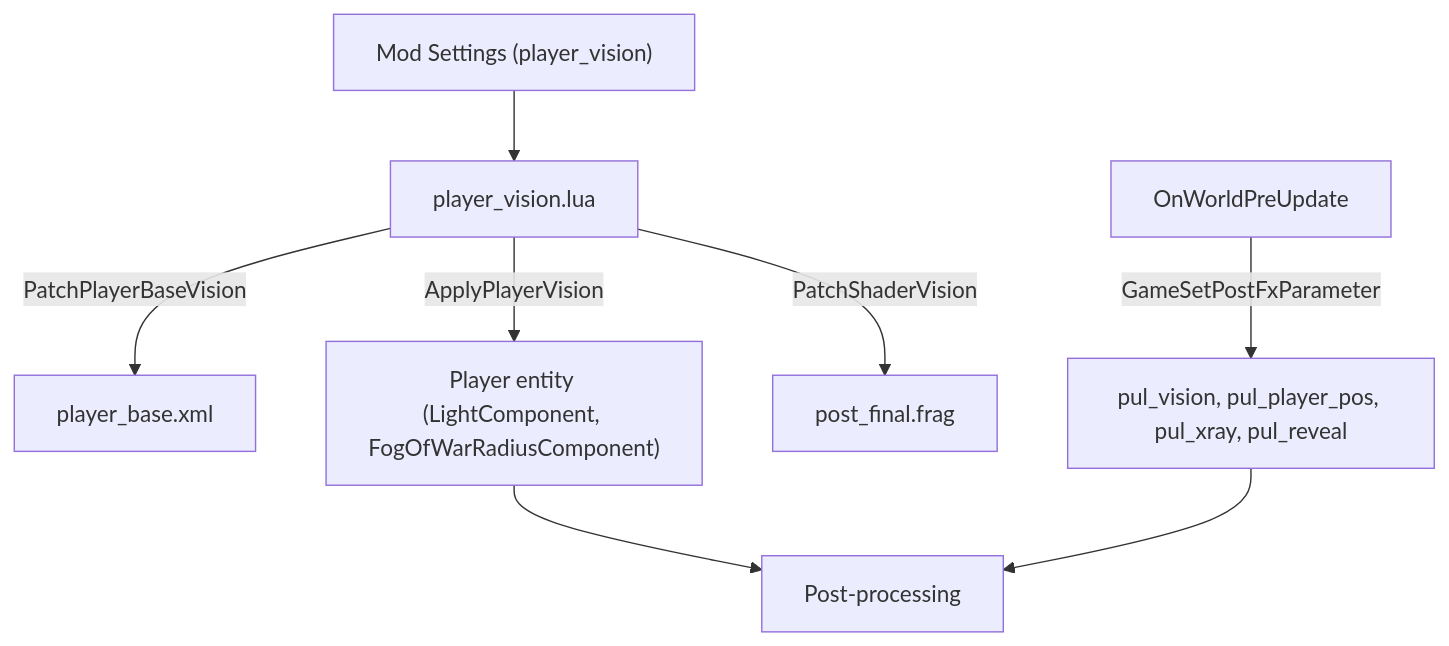
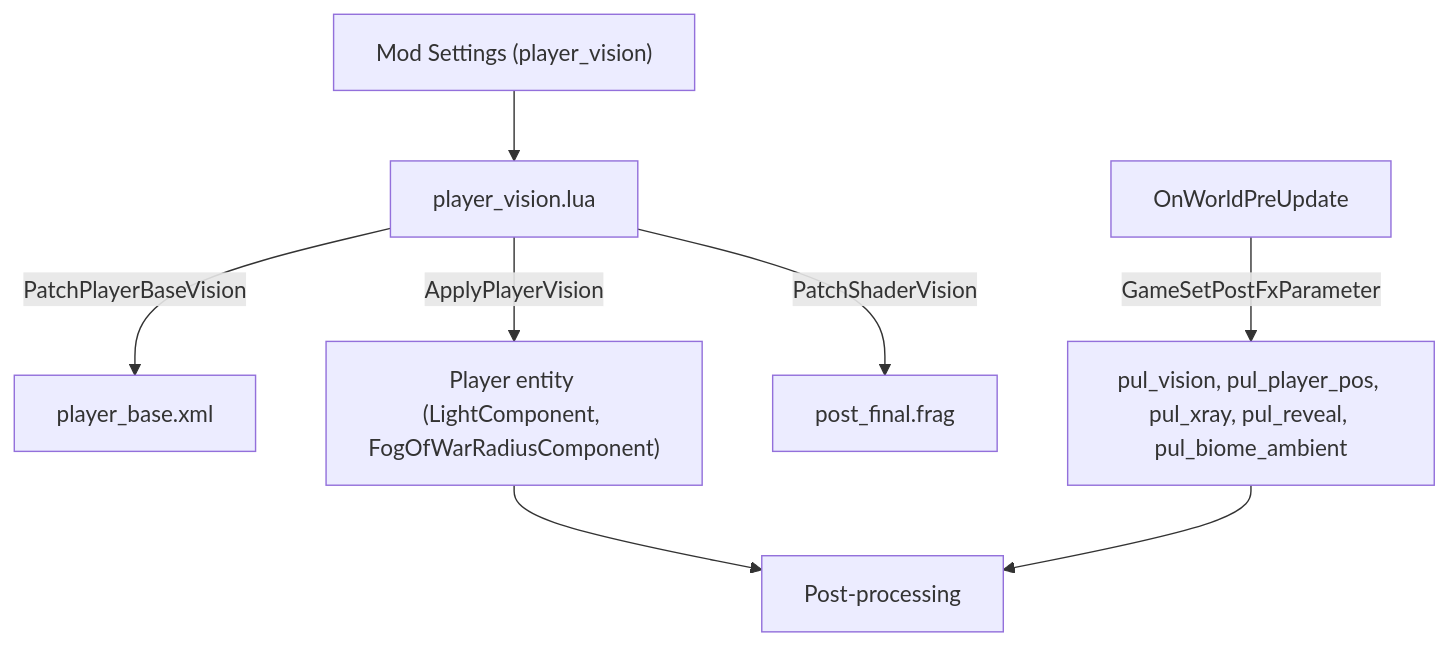
One commit to ihoromi4/noita-pick-up-your-lantern changed the diagram in docs/dev/vision-and-lighting.md. Above: the diagram before and after it, drawn with Mermaid. The commit also changed other lines of this file and 1 other file, not shown here.

Commit message:
docs(vision): document snowy biome diffused air ambient light

````diff
--- a/docs/dev/vision-and-lighting.md
+++ b/docs/dev/vision-and-lighting.md
@@ -37,10 +38,10 @@
 ```mermaid
 flowchart TD
     Settings["Mod Settings (player_vision)"] --> Controller["player_vision.lua"]
     Controller -->|PatchPlayerBaseVision| XML["player_base.xml"]
     Controller -->|ApplyPlayerVision| ECS["Player entity (LightComponent, FogOfWarRadiusComponent)"]
     Controller -->|PatchShaderVision| ShaderFile["post_final.frag"]
-    WorldLoop["OnWorldPreUpdate"] -->|GameSetPostFxParameter| ShaderUniforms["pul_vision, pul_player_pos, pul_xray, pul_reveal"]
+    WorldLoop["OnWorldPreUpdate"] -->|GameSetPostFxParameter| ShaderUniforms["pul_vision, pul_player_pos, pul_xray, pul_reveal, pul_biome_ambient"]
     ShaderUniforms --> FinalRender["Post-processing"]
     ECS --> FinalRender
 ```
````
